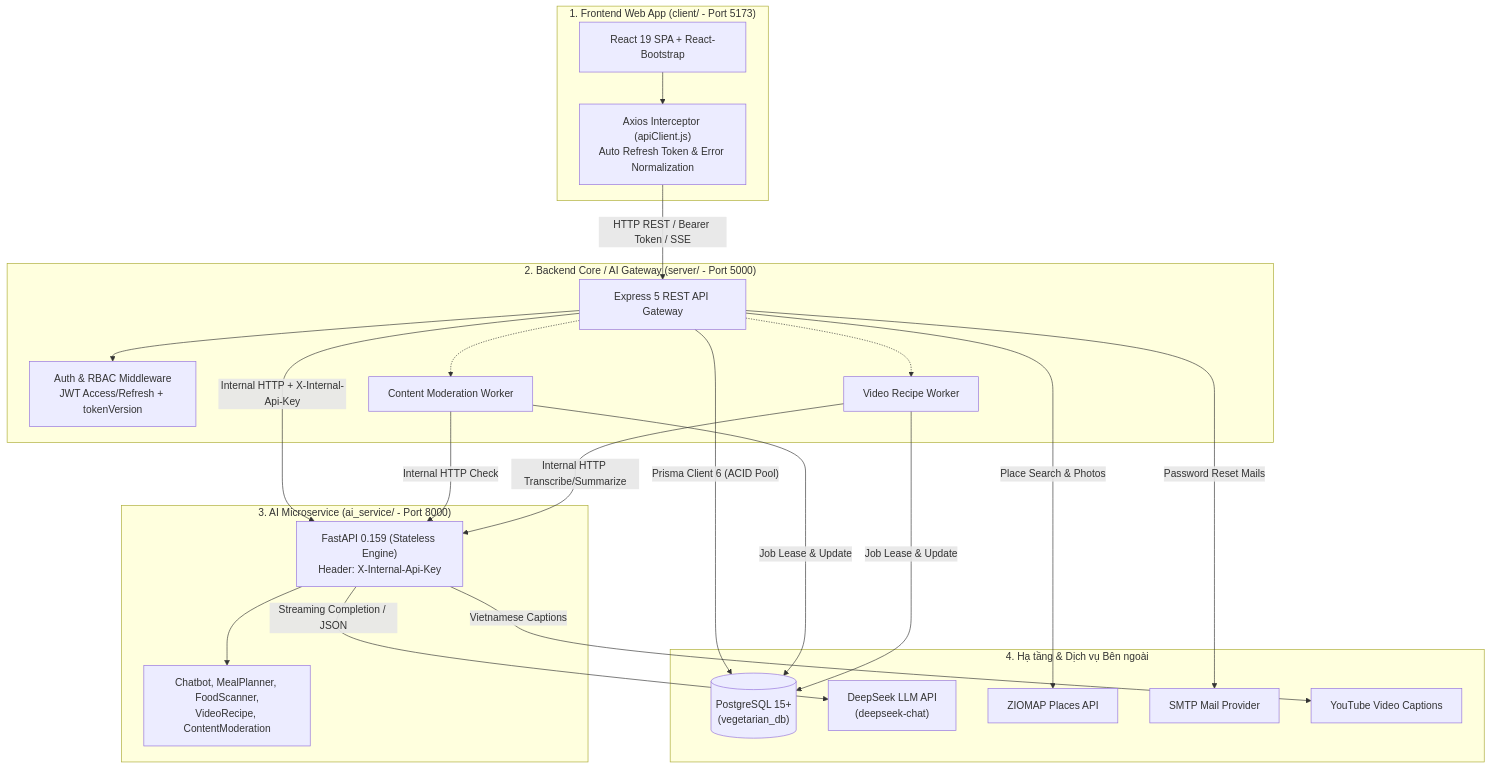
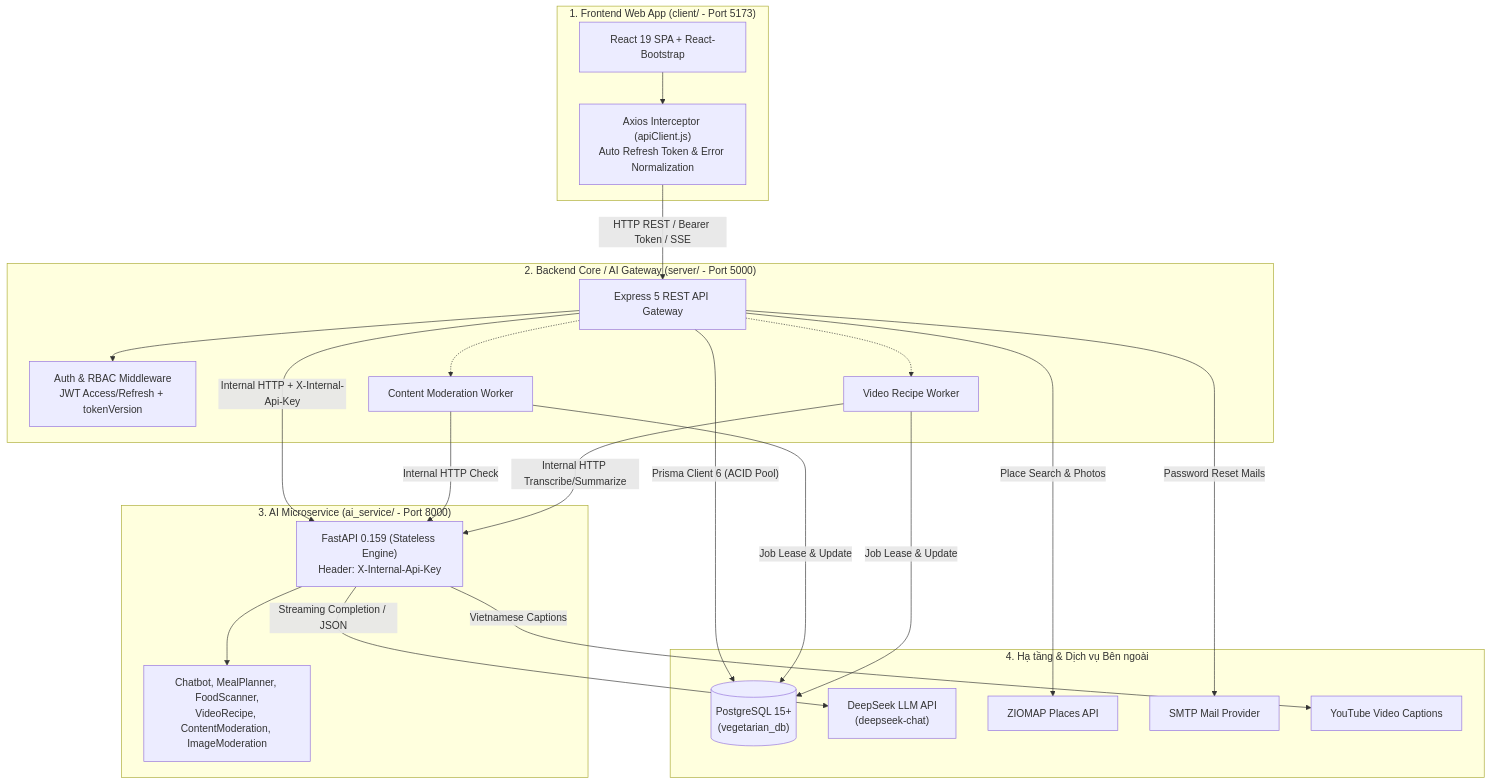
The diagram in README.md (minHow14/SWP391), drawn with Mermaid before and after one commit. The commit also changed other lines of this file and 5 other files, not shown here.

Commit message:
docs: document image moderation, media link rules and frontend follow-ups

````diff
--- a/README.md
+++ b/README.md
@@ -112,44 +112,44 @@
 ```mermaid
 flowchart TD
     subgraph ClientLayer ["1. Frontend Web App (client/ - Port 5173)"]
         UI["React 19 SPA + React-Bootstrap"]
         Axios["Axios Interceptor (apiClient.js)<br/>Auto Refresh Token & Error Normalization"]
         UI --> Axios
     end
 
     subgraph BackendLayer ["2. Backend Core / AI Gateway (server/ - Port 5000)"]
         Gateway["Express 5 REST API Gateway"]
         AuthMiddleware["Auth & RBAC Middleware<br/>JWT Access/Refresh + tokenVersion"]
         WorkerModeration["Content Moderation Worker"]
         WorkerVideo["Video Recipe Worker"]
         Gateway --> AuthMiddleware
         Gateway -.-> WorkerModeration
         Gateway -.-> WorkerVideo
     end
 
     subgraph AILayer ["3. AI Microservice (ai_service/ - Port 8000)"]
         FastAPI["FastAPI 0.159 (Stateless Engine)<br/>Header: X-Internal-Api-Key"]
-        Agents["Chatbot, MealPlanner, FoodScanner,<br/>VideoRecipe, ContentModeration"]
+        Agents["Chatbot, MealPlanner, FoodScanner,<br/>VideoRecipe, ContentModeration, ImageModeration"]
         FastAPI --> Agents
     end
 
     subgraph ExternalLayer ["4. Hạ tầng & Dịch vụ Bên ngoài"]
         DB[("PostgreSQL 15+<br/>(vegetarian_db)")]
         LLM["DeepSeek LLM API<br/>(deepseek-chat)"]
         ZIOMAP["ZIOMAP Places API"]
         SMTP["SMTP Mail Provider"]
         YT["YouTube Video Captions"]
     end
 
     Axios -- "HTTP REST / Bearer Token / SSE" --> Gateway
     Gateway -- "Prisma Client 6 (ACID Pool)" --> DB
     WorkerModeration -- "Job Lease & Update" --> DB
     WorkerVideo -- "Job Lease & Update" --> DB
     Gateway -- "Internal HTTP + X-Internal-Api-Key" --> FastAPI
     WorkerModeration -- "Internal HTTP Check" --> FastAPI
     WorkerVideo -- "Internal HTTP Transcribe/Summarize" --> FastAPI
     FastAPI -- "Streaming Completion / JSON" --> LLM
     Gateway -- "Place Search & Photos" --> ZIOMAP
     Gateway -- "Password Reset Mails" --> SMTP
     FastAPI -- "Vietnamese Captions" --> YT
 ```
````
